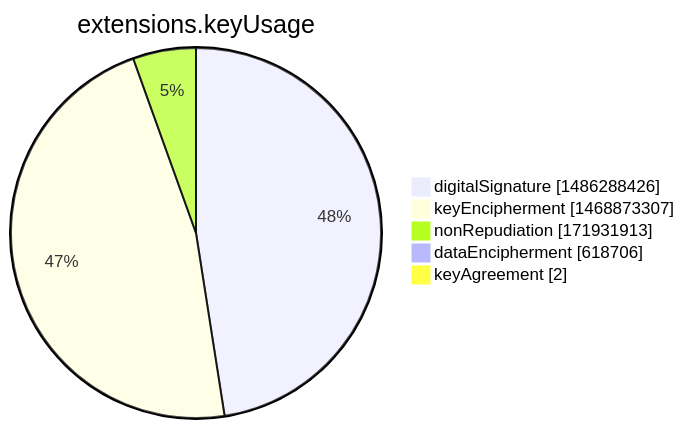
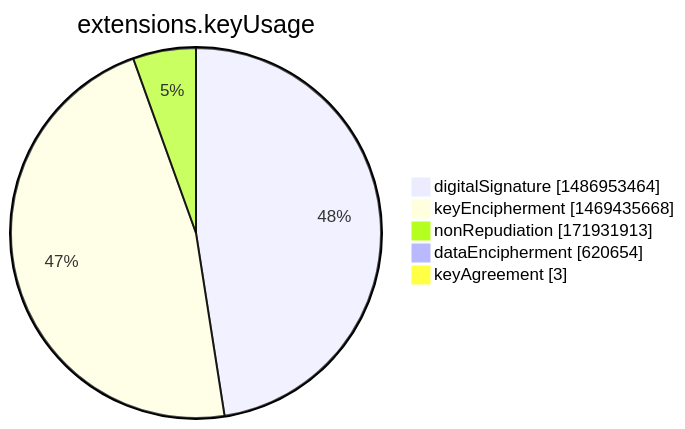
Before and after one commit to christiankrug/ctmonitor_visualization: the seventh of 15 diagrams in argon2022/README.md, drawn with Mermaid. The commit also changed other lines of this file, not shown here.

````diff
--- a/argon2022/README.md
+++ b/argon2022/README.md
@@ -2751,9 +2751,9 @@
 ```mermaid
 pie showData
 title extensions.keyUsage
-"digitalSignature" :1486288426
-"keyEncipherment" :1468873307
+"digitalSignature" :1486953464
+"keyEncipherment" :1469435668
 "nonRepudiation" :171931913
-"dataEncipherment" :618706
-"keyAgreement" :2
+"dataEncipherment" :620654
+"keyAgreement" :3
 ```
````
